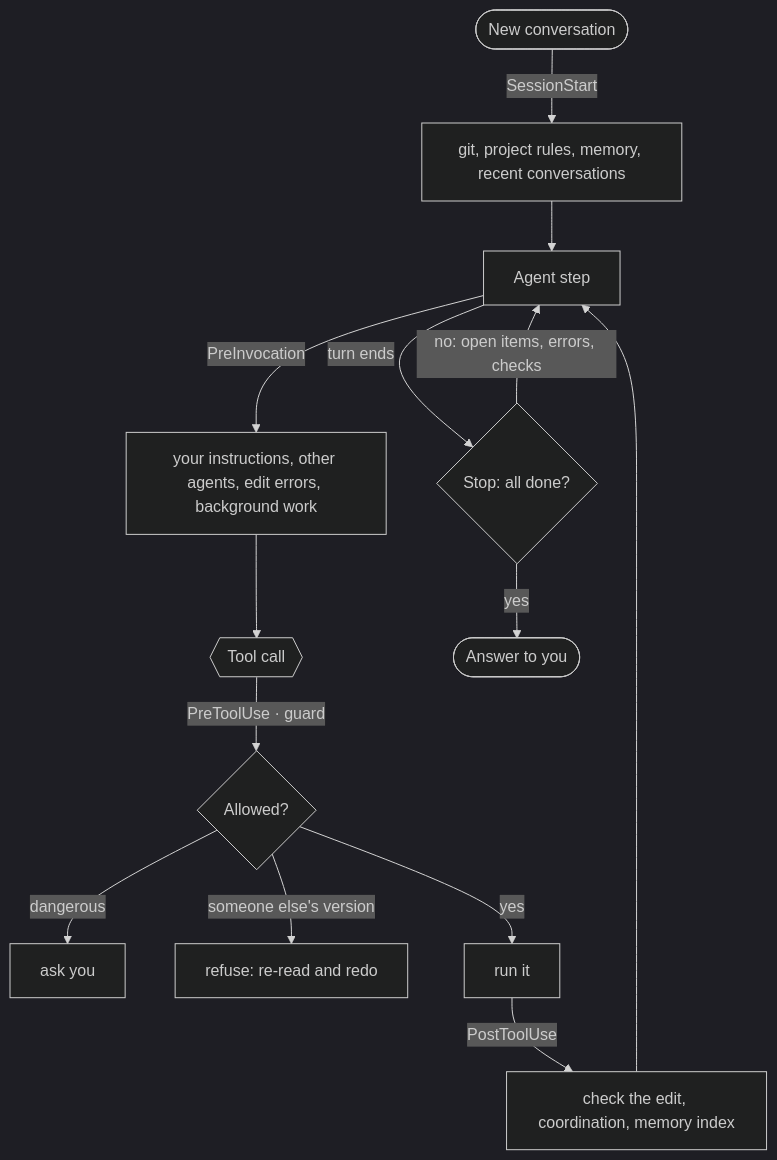
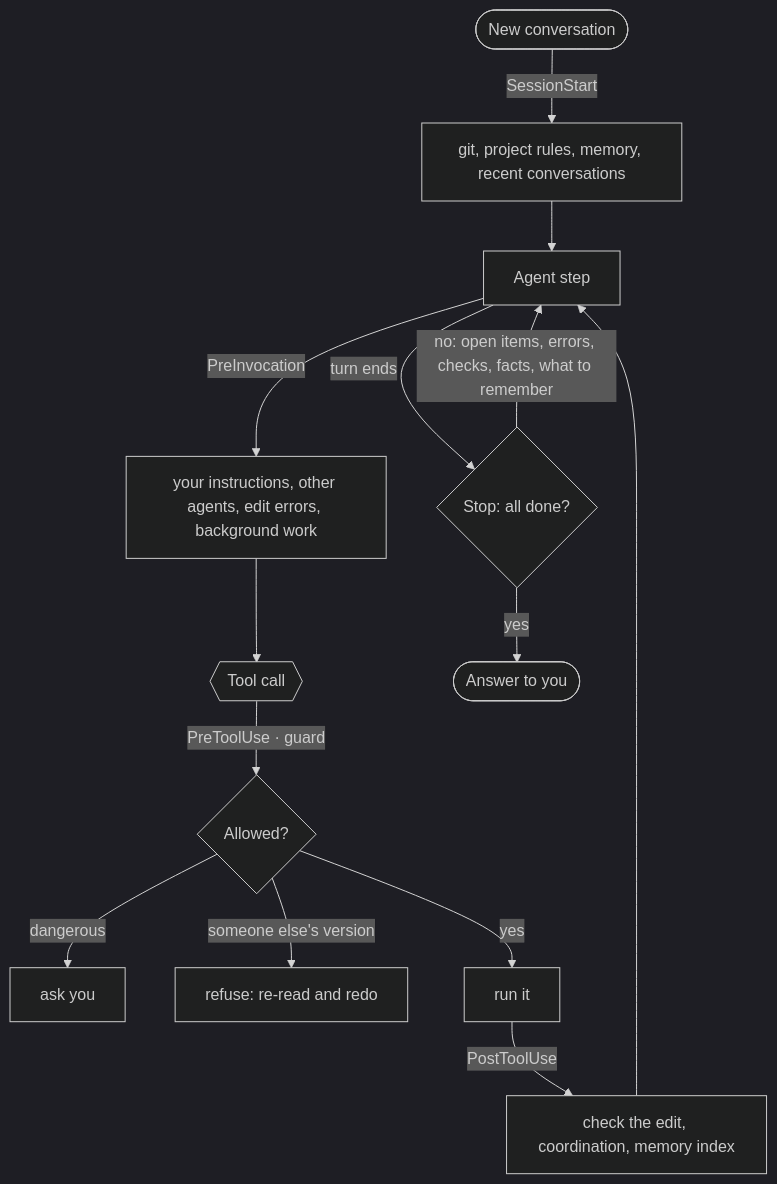
Before and after one commit to stxrmik/antigravity-plus: the diagram in README.en.md, drawn with Mermaid (dark theme). The commit also changed other lines of this file and 41 other files, not shown here.

````diff
--- a/README.en.md
+++ b/README.en.md
@@ -174,16 +241,16 @@
 ```mermaid
 flowchart TD
     A([New conversation]) -->|SessionStart| B[git, project rules, memory, recent conversations]
     B --> C[Agent step]
     C -->|PreInvocation| D[your instructions, other agents, edit errors, background work]
     D --> E{{Tool call}}
     E -->|PreToolUse · guard| F{Allowed?}
     F -->|dangerous| G[ask you]
     F -->|someone else's version| H[refuse: re-read and redo]
     F -->|yes| I[run it]
     I -->|PostToolUse| J[check the edit, coordination, memory index]
     J --> C
     C -->|turn ends| K{Stop: all done?}
-    K -->|no: open items, errors, checks| C
+    K -->|no: open items, errors, checks, facts, what to remember| C
     K -->|yes| L([Answer to you])
 ```
````
